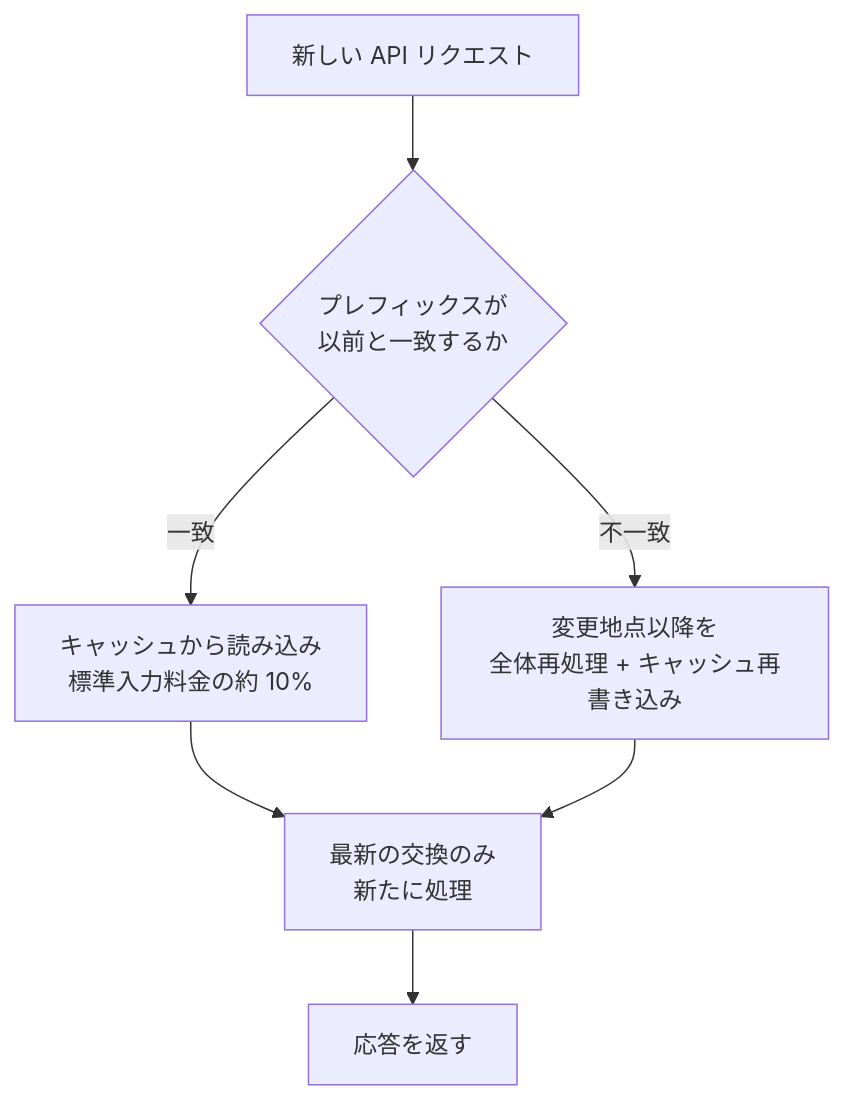
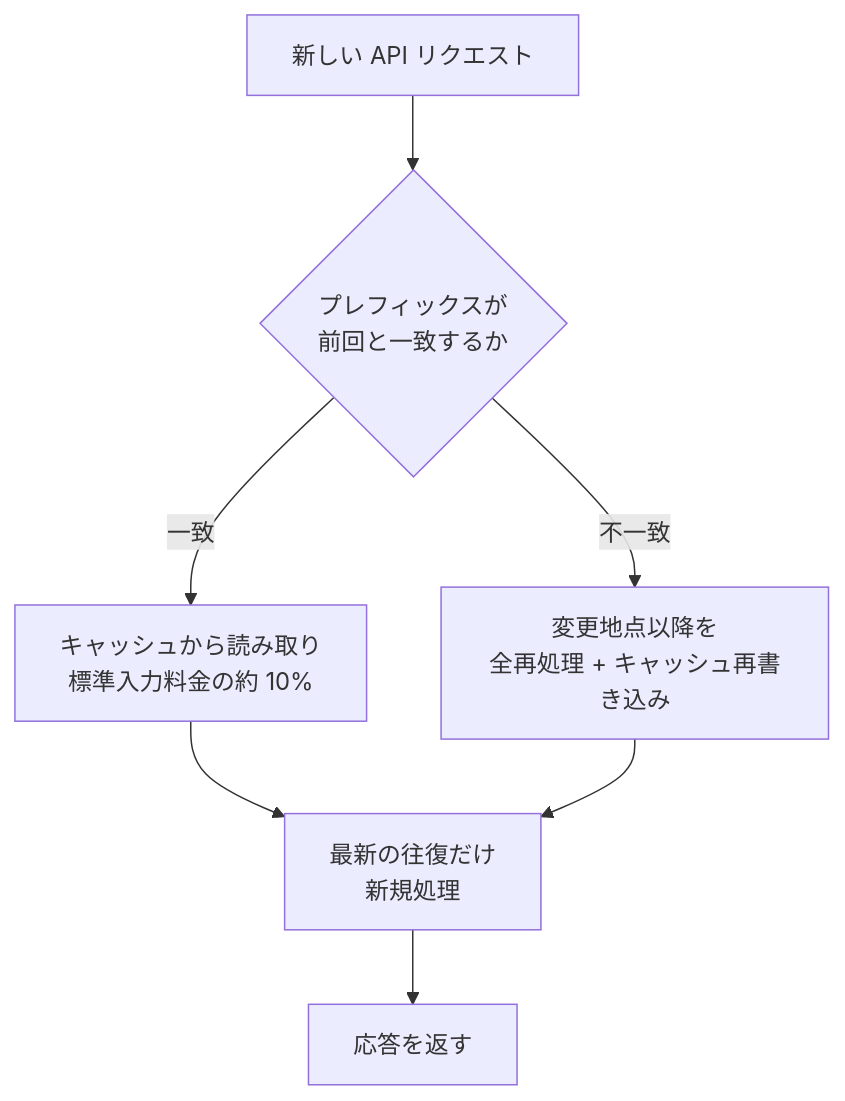
Before and after one commit to modu-ai/moai-adk: the diagram in docs-site/content/ja/claude-code/context-memory/prompt-caching.md, drawn with Mermaid. The commit also changed other lines of this file and 395 other files, not shown here.

````diff
--- a/docs-site/content/ja/claude-code/context-memory/prompt-caching.md
+++ b/docs-site/content/ja/claude-code/context-memory/prompt-caching.md
@@ -26,9 +26,9 @@
 ```mermaid
 flowchart TD
-    A[新しい API リクエスト] --> B{プレフィックスが<br>以前と一致するか}
-    B -->|一致| C[キャッシュから読み込み<br>標準入力料金の約 10%]
-    B -->|不一致| D[変更地点以降を<br>全体再処理 + キャッシュ再書き込み]
-    C --> E[最新の交換のみ<br>新たに処理]
+    A[新しい API リクエスト] --> B{プレフィックスが<br>前回と一致するか}
+    B -->|一致| C[キャッシュから読み取り<br>標準入力料金の約 10%]
+    B -->|不一致| D[変更地点以降を<br>全再処理 + キャッシュ再書き込み]
+    C --> E[最新の往復だけ<br>新規処理]
     D --> E
     E --> F[応答を返す]
 ```
````
